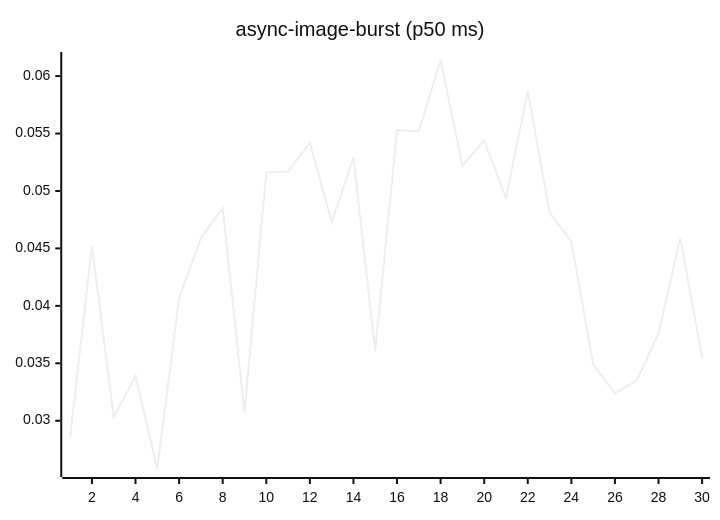
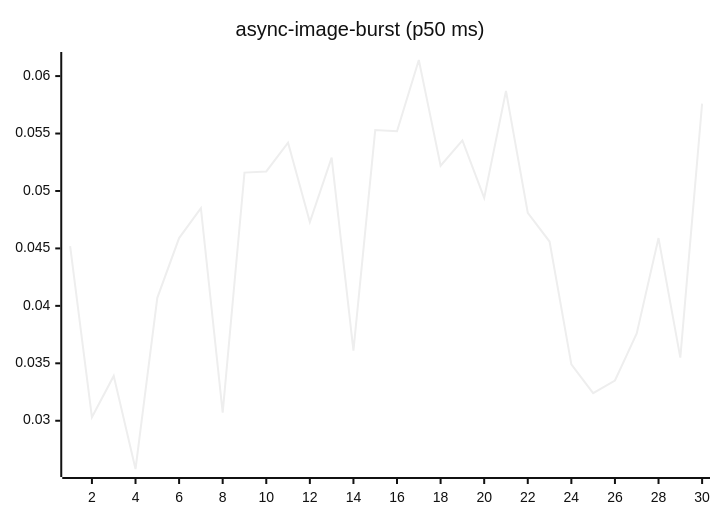
The fourth of 27 diagrams in README.md (josha/Facet), drawn with Mermaid (neutral theme) before and after one commit. The commit also changed other lines of this file and 2 other files, not shown here.

````diff
--- a/README.md
+++ b/README.md
@@ -84,6 +84,6 @@
 ```mermaid
 xychart-beta
     title "async-image-burst (p50 ms)"
     x-axis 1 --> 30
-    line [0.0286, 0.0452, 0.0303, 0.0339, 0.0258, 0.0407, 0.0459, 0.0485, 0.0307, 0.0516, 0.0517, 0.0542, 0.0473, 0.0529, 0.0361, 0.0553, 0.0552, 0.0614, 0.0522, 0.0544, 0.0494, 0.0587, 0.0481, 0.0456, 0.0349, 0.0324, 0.0335, 0.0376, 0.0459, 0.0355]
+    line [0.0452, 0.0303, 0.0339, 0.0258, 0.0407, 0.0459, 0.0485, 0.0307, 0.0516, 0.0517, 0.0542, 0.0473, 0.0529, 0.0361, 0.0553, 0.0552, 0.0614, 0.0522, 0.0544, 0.0494, 0.0587, 0.0481, 0.0456, 0.0349, 0.0324, 0.0335, 0.0376, 0.0459, 0.0355, 0.0576]
 ```
````
